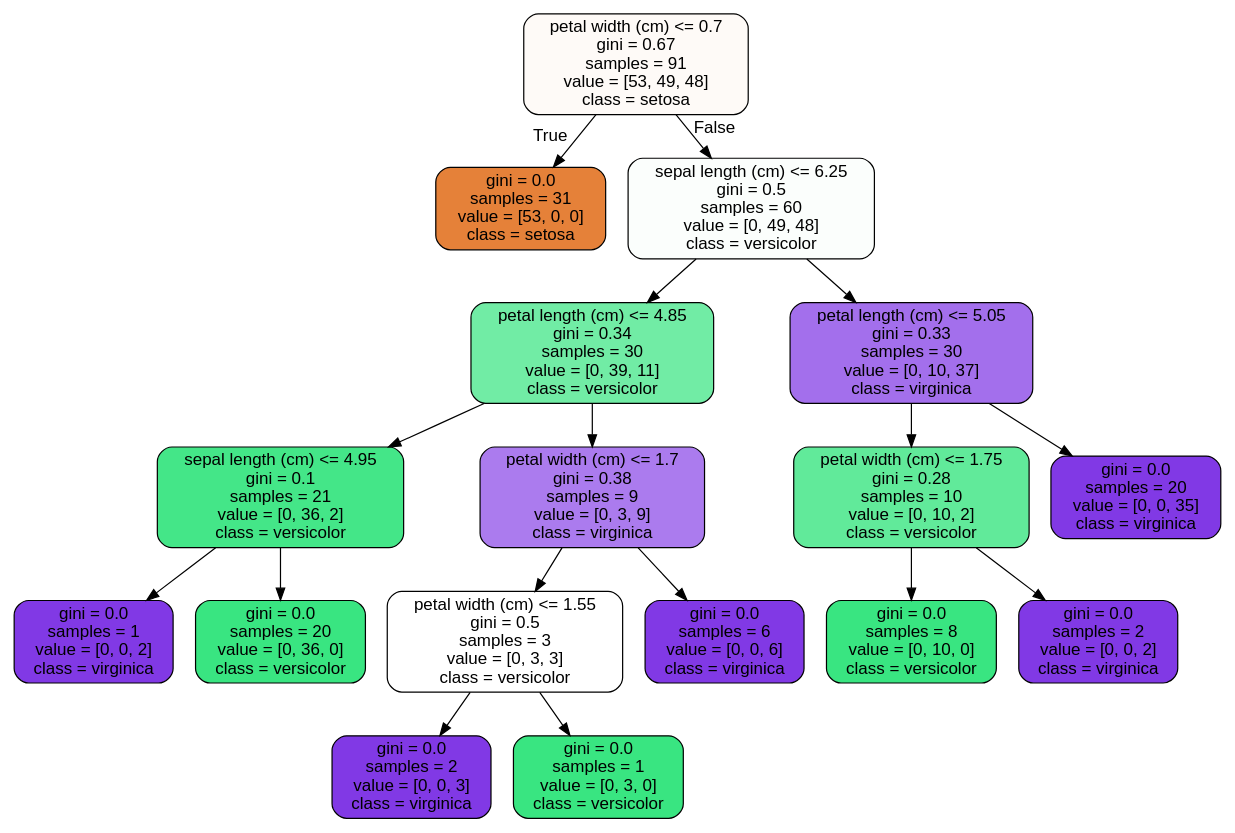
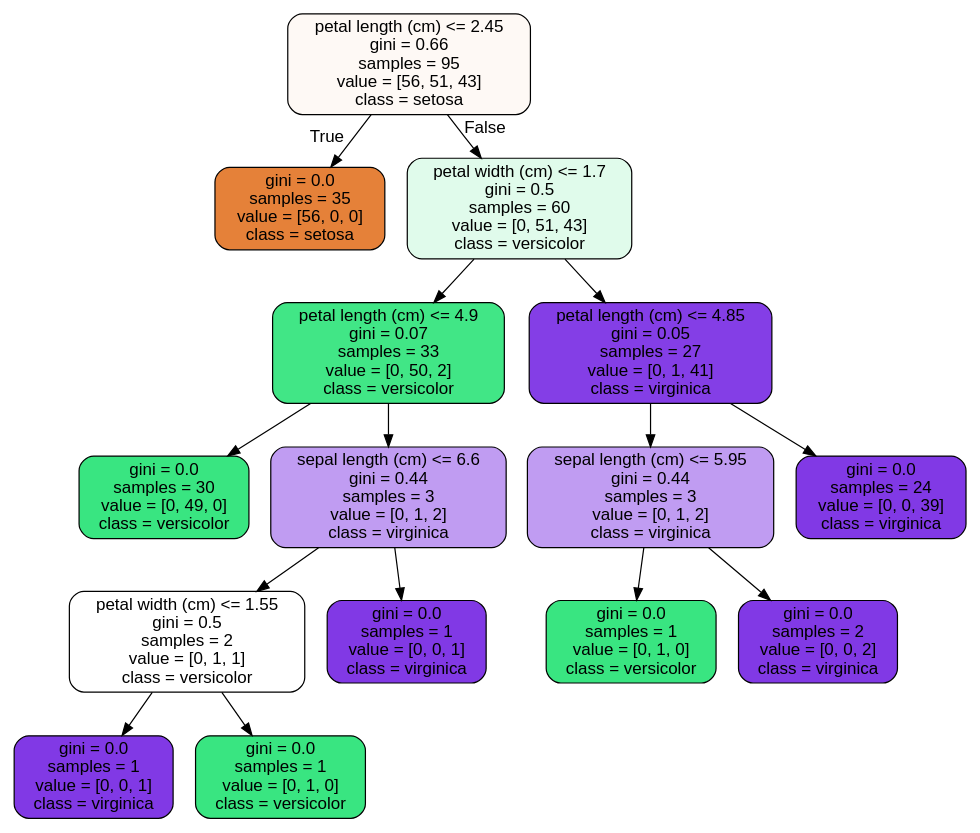
Before and after one commit to JennaFlan2426/Springboard: the diagram in RandomForest_Covid_CaseStudy/tree.dot, drawn with Graphviz. The commit also changed 3 other files, not shown here.

```diff
--- a/RandomForest_Covid_CaseStudy/tree.dot
+++ b/RandomForest_Covid_CaseStudy/tree.dot
@@ -1,37 +1,33 @@
 digraph Tree {
 node [shape=box, style="filled, rounded", color="black", fontname=helvetica] ;
 edge [fontname=helvetica] ;
-0 [label="petal width (cm) <= 0.7\ngini = 0.67\nsamples = 91\nvalue = [53, 49, 48]\nclass = setosa", fillcolor="#fefaf7"] ;
-1 [label="gini = 0.0\nsamples = 31\nvalue = [53, 0, 0]\nclass = setosa", fillcolor="#e58139"] ;
+0 [label="petal length (cm) <= 2.45\ngini = 0.66\nsamples = 95\nvalue = [56, 51, 43]\nclass = setosa", fillcolor="#fef9f5"] ;
+1 [label="gini = 0.0\nsamples = 35\nvalue = [56, 0, 0]\nclass = setosa", fillcolor="#e58139"] ;
 0 -> 1 [labeldistance=2.5, labelangle=45, headlabel="True"] ;
-2 [label="sepal length (cm) <= 6.25\ngini = 0.5\nsamples = 60\nvalue = [0, 49, 48]\nclass = versicolor", fillcolor="#fbfefc"] ;
+2 [label="petal width (cm) <= 1.7\ngini = 0.5\nsamples = 60\nvalue = [0, 51, 43]\nclass = versicolor", fillcolor="#e0fbeb"] ;
 0 -> 2 [labeldistance=2.5, labelangle=-45, headlabel="False"] ;
-3 [label="petal length (cm) <= 4.85\ngini = 0.34\nsamples = 30\nvalue = [0, 39, 11]\nclass = versicolor", fillcolor="#71eca5"] ;
+3 [label="petal length (cm) <= 4.9\ngini = 0.07\nsamples = 33\nvalue = [0, 50, 2]\nclass = versicolor", fillcolor="#41e686"] ;
 2 -> 3 ;
-4 [label="sepal length (cm) <= 4.95\ngini = 0.1\nsamples = 21\nvalue = [0, 36, 2]\nclass = versicolor", fillcolor="#44e688"] ;
+4 [label="gini = 0.0\nsamples = 30\nvalue = [0, 49, 0]\nclass = versicolor", fillcolor="#39e581"] ;
 3 -> 4 ;
-5 [label="gini = 0.0\nsamples = 1\nvalue = [0, 0, 2]\nclass = virginica", fillcolor="#8139e5"] ;
-4 -> 5 ;
-6 [label="gini = 0.0\nsamples = 20\nvalue = [0, 36, 0]\nclass = versicolor", fillcolor="#39e581"] ;
-4 -> 6 ;
-7 [label="petal width (cm) <= 1.7\ngini = 0.38\nsamples = 9\nvalue = [0, 3, 9]\nclass = virginica", fillcolor="#ab7bee"] ;
-3 -> 7 ;
-8 [label="petal width (cm) <= 1.55\ngini = 0.5\nsamples = 3\nvalue = [0, 3, 3]\nclass = versicolor", fillcolor="#ffffff"] ;
-7 -> 8 ;
-9 [label="gini = 0.0\nsamples = 2\nvalue = [0, 0, 3]\nclass = virginica", fillcolor="#8139e5"] ;
-8 -> 9 ;
-10 [label="gini = 0.0\nsamples = 1\nvalue = [0, 3, 0]\nclass = versicolor", fillcolor="#39e581"] ;
-8 -> 10 ;
-11 [label="gini = 0.0\nsamples = 6\nvalue = [0, 0, 6]\nclass = virginica", fillcolor="#8139e5"] ;
-7 -> 11 ;
-12 [label="petal length (cm) <= 5.05\ngini = 0.33\nsamples = 30\nvalue = [0, 10, 37]\nclass = virginica", fillcolor="#a36fec"] ;
-2 -> 12 ;
-13 [label="petal width (cm) <= 1.75\ngini = 0.28\nsamples = 10\nvalue = [0, 10, 2]\nclass = versicolor", fillcolor="#61ea9a"] ;
-12 -> 13 ;
-14 [label="gini = 0.0\nsamples = 8\nvalue = [0, 10, 0]\nclass = versicolor", fillcolor="#39e581"] ;
-13 -> 14 ;
-15 [label="gini = 0.0\nsamples = 2\nvalue = [0, 0, 2]\nclass = virginica", fillcolor="#8139e5"] ;
-13 -> 15 ;
-16 [label="gini = 0.0\nsamples = 20\nvalue = [0, 0, 35]\nclass = virginica", fillcolor="#8139e5"] ;
-12 -> 16 ;
+5 [label="sepal length (cm) <= 6.6\ngini = 0.44\nsamples = 3\nvalue = [0, 1, 2]\nclass = virginica", fillcolor="#c09cf2"] ;
+3 -> 5 ;
+6 [label="petal width (cm) <= 1.55\ngini = 0.5\nsamples = 2\nvalue = [0, 1, 1]\nclass = versicolor", fillcolor="#ffffff"] ;
+5 -> 6 ;
+7 [label="gini = 0.0\nsamples = 1\nvalue = [0, 0, 1]\nclass = virginica", fillcolor="#8139e5"] ;
+6 -> 7 ;
+8 [label="gini = 0.0\nsamples = 1\nvalue = [0, 1, 0]\nclass = versicolor", fillcolor="#39e581"] ;
+6 -> 8 ;
+9 [label="gini = 0.0\nsamples = 1\nvalue = [0, 0, 1]\nclass = virginica", fillcolor="#8139e5"] ;
+5 -> 9 ;
+10 [label="petal length (cm) <= 4.85\ngini = 0.05\nsamples = 27\nvalue = [0, 1, 41]\nclass = virginica", fillcolor="#843ee6"] ;
+2 -> 10 ;
+11 [label="sepal length (cm) <= 5.95\ngini = 0.44\nsamples = 3\nvalue = [0, 1, 2]\nclass = virginica", fillcolor="#c09cf2"] ;
+10 -> 11 ;
+12 [label="gini = 0.0\nsamples = 1\nvalue = [0, 1, 0]\nclass = versicolor", fillcolor="#39e581"] ;
+11 -> 12 ;
+13 [label="gini = 0.0\nsamples = 2\nvalue = [0, 0, 2]\nclass = virginica", fillcolor="#8139e5"] ;
+11 -> 13 ;
+14 [label="gini = 0.0\nsamples = 24\nvalue = [0, 0, 39]\nclass = virginica", fillcolor="#8139e5"] ;
+10 -> 14 ;
 }
```
